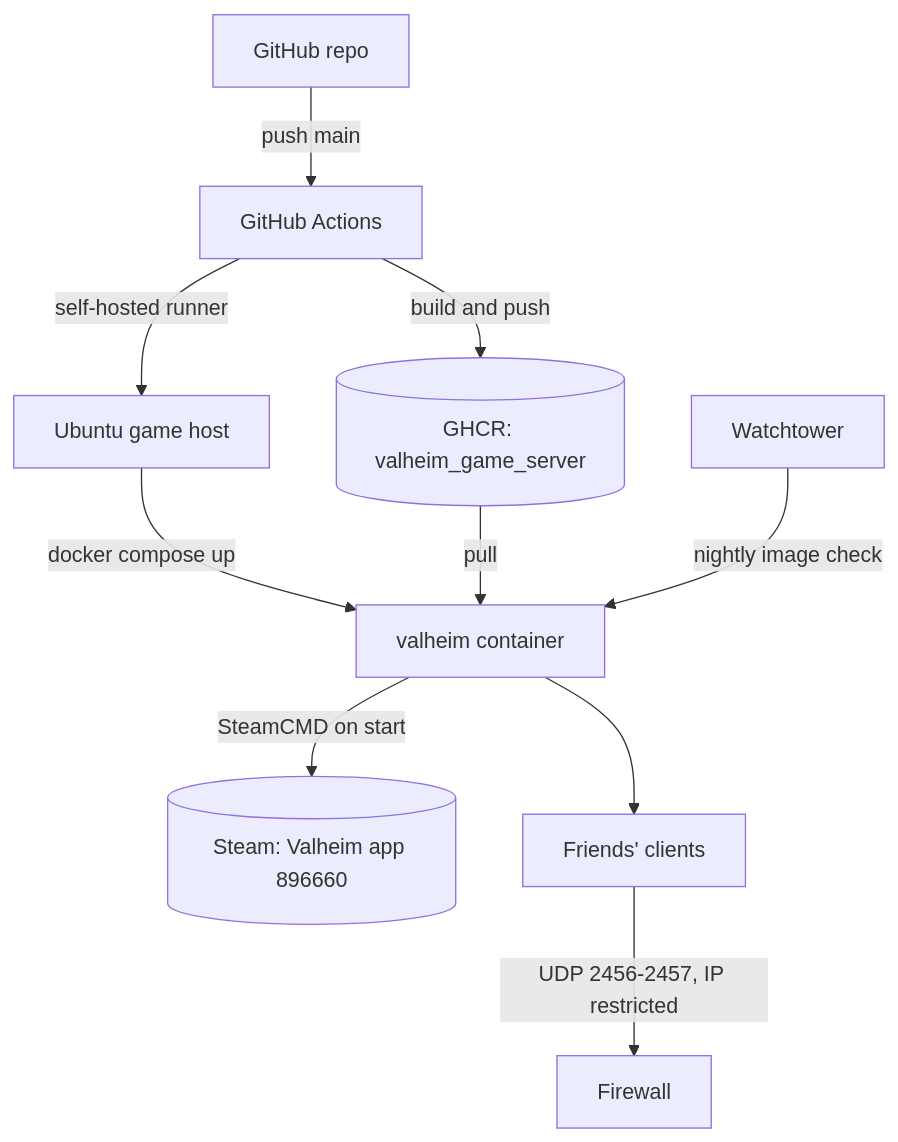
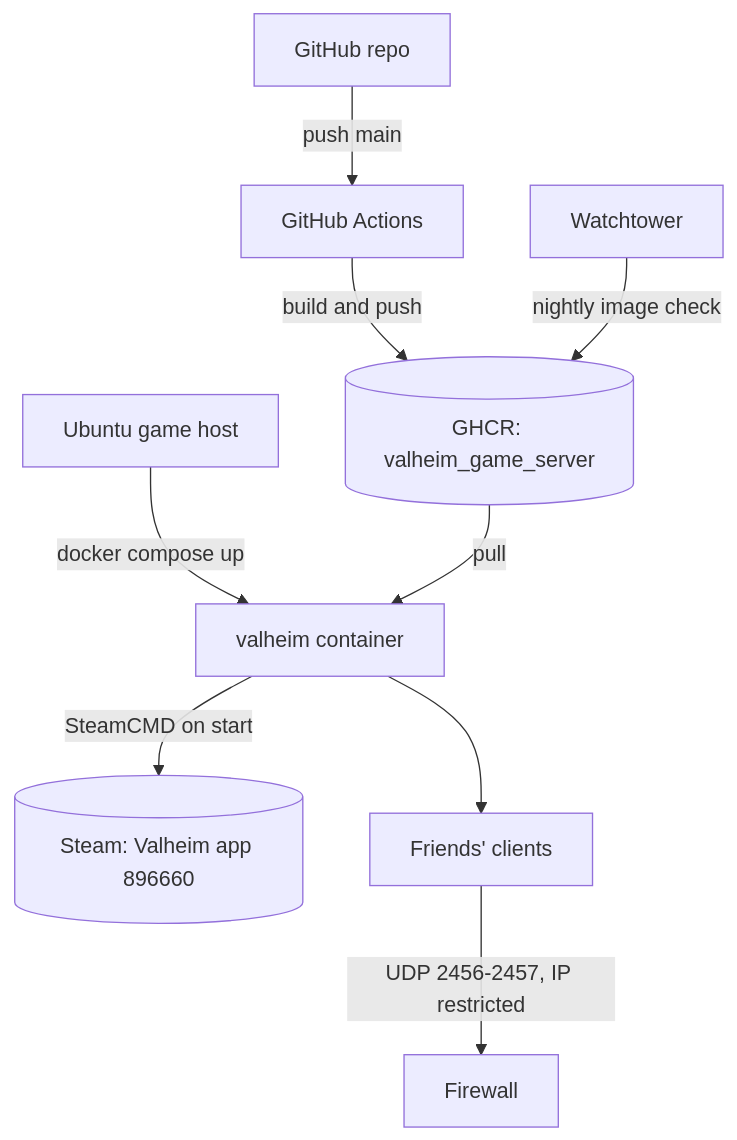
One commit to MrGuato/Valheim_Game_Server changed the diagram in README.md. Above: the diagram before and after it, drawn with Mermaid. The commit also changed other lines of this file and 2 other files, not shown here.

First line of the commit message:
Remove the self-hosted runner deploy workflow

````diff
--- a/README.md
+++ b/README.md
@@ -32,12 +31,11 @@
 ```mermaid
 flowchart TD
     A[GitHub repo] -->|push main| B[GitHub Actions]
     B -->|build and push| C[(GHCR: valheim_game_server)]
-    B -->|self-hosted runner| D[Ubuntu game host]
-    D -->|docker compose up| E[valheim container]
+    D[Ubuntu game host] -->|docker compose up| E[valheim container]
+    F[Watchtower] -->|nightly image check| C
     C -->|pull| E
-    F[Watchtower] -->|nightly image check| E
     E -->|SteamCMD on start| G[(Steam: Valheim app 896660)]
     E --> H[Friends' clients]
     H -->|UDP 2456-2457, IP restricted| I[Firewall]
 ```
````
